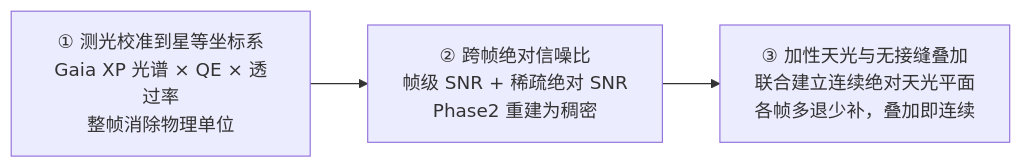
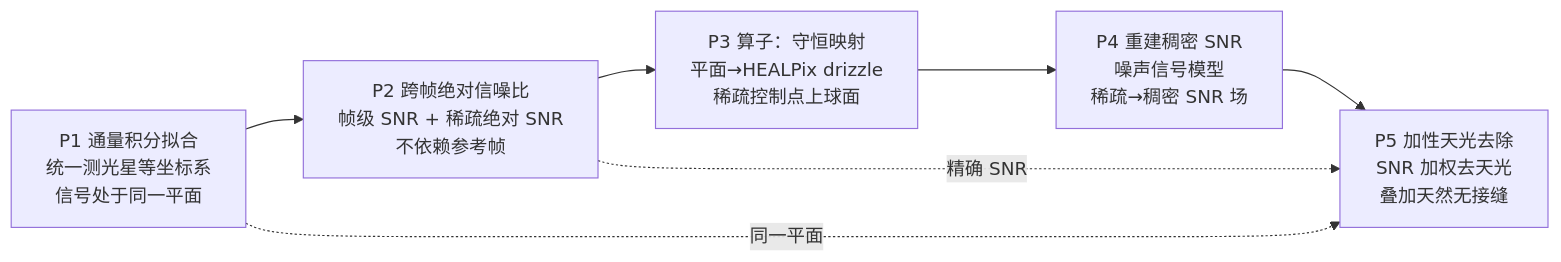
Before and after one commit to fujiaze/Astro-CS-Database: the third of 12 diagrams in ASTROCS_DESIGN.md, drawn with Mermaid. The commit also changed other lines of this file and 1 other file, not shown here.

Commit message:
docs: 科学链重排为五创新点（P1通量积分拟合/P2跨帧绝对SNR/P3守恒映射算子/P4重建稠密SNR/P5加性天光去除），新增三级文档体系（负责人定案）

````diff
--- a/ASTROCS_DESIGN.md
+++ b/ASTROCS_DESIGN.md
@@ -110,5 +128,9 @@
 ```mermaid
 flowchart LR
-    A["① 测光校准到星等坐标系<br/>Gaia XP 光谱 × QE × 透过率<br/>整帧消除物理单位"] --> B["② 跨帧绝对信噪比<br/>帧级 SNR + 稀疏绝对 SNR<br/>Phase2 重建为稠密"]
-    B --> C["③ 加性天光与无接缝叠加<br/>联合建立连续绝对天光平面<br/>各帧多退少补，叠加即连续"]
+    A["P1 通量积分拟合<br/>统一测光星等坐标系<br/>信号处于同一平面"] --> B["P2 跨帧绝对信噪比<br/>帧级 SNR + 稀疏绝对 SNR<br/>不依赖参考帧"]
+    B --> C["P3 算子：守恒映射<br/>平面→HEALPix drizzle<br/>稀疏控制点上球面"]
+    C --> D["P4 重建稠密 SNR<br/>噪声信号模型<br/>稀疏→稠密 SNR 场"]
+    D --> E["P5 加性天光去除<br/>SNR 加权去天光<br/>叠加天然无接缝"]
+    A -.同一平面.-> E
+    B -.精确 SNR.-> E
 ```
````
